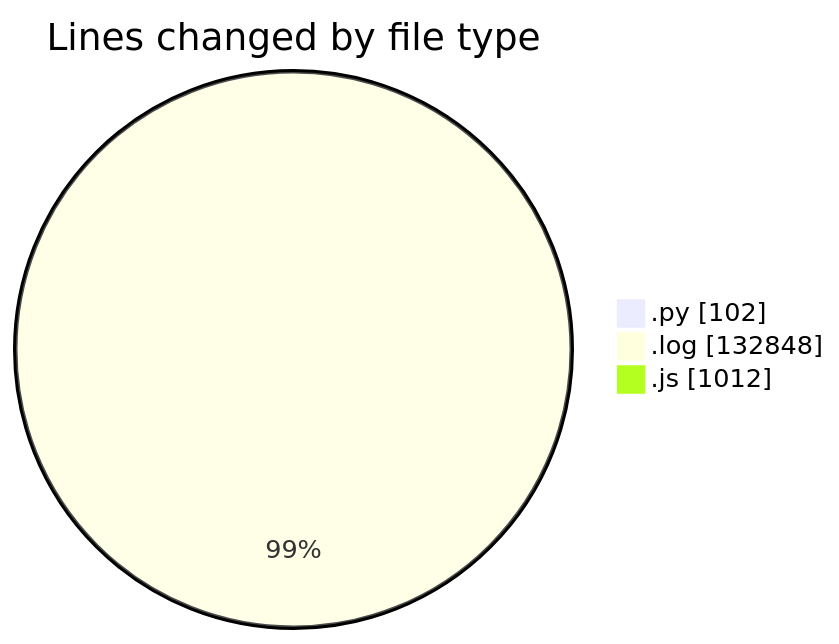
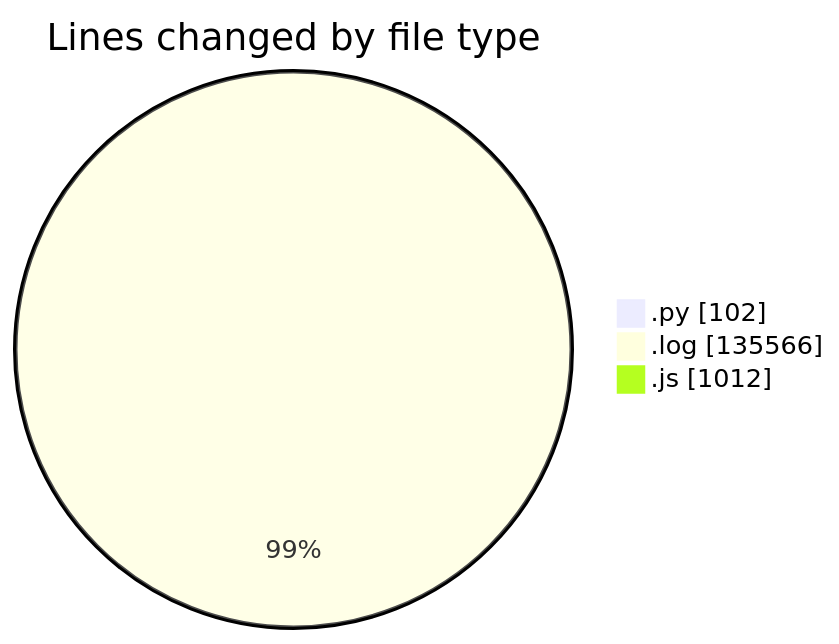
The first of 2 diagrams in 2025-04-11/nxtqube_webapp/README.md (nxtqubesakshisongat/code-tracking), drawn with Mermaid before and after one commit. The commit also changed other lines of this file and 1 other file, not shown here.

````diff
--- a/2025-04-11/nxtqube_webapp/README.md
+++ b/2025-04-11/nxtqube_webapp/README.md
@@ -25,7 +25,7 @@
 ```mermaid
 pie showData
 title Lines changed by file type
 ".py" : 102
-".log" : 132848
+".log" : 135566
 ".js" : 1012
 ```
````
